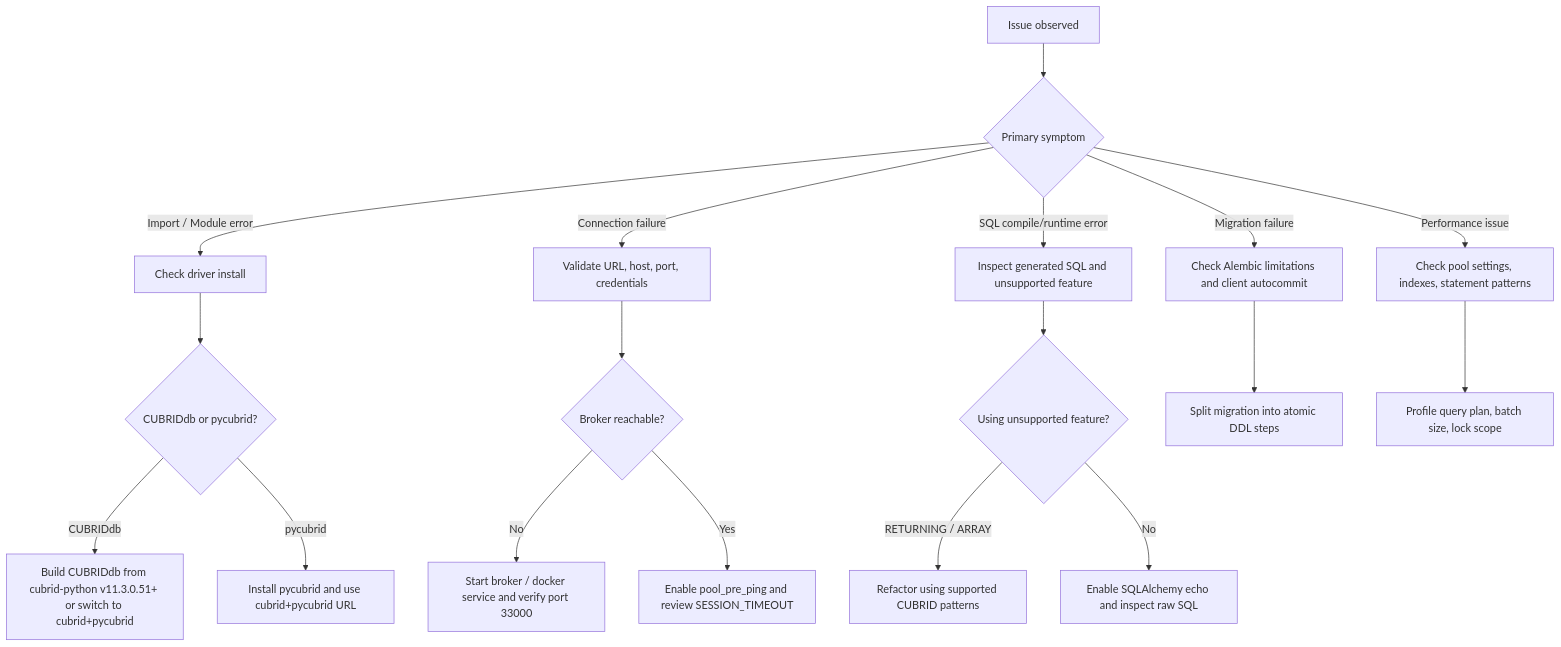
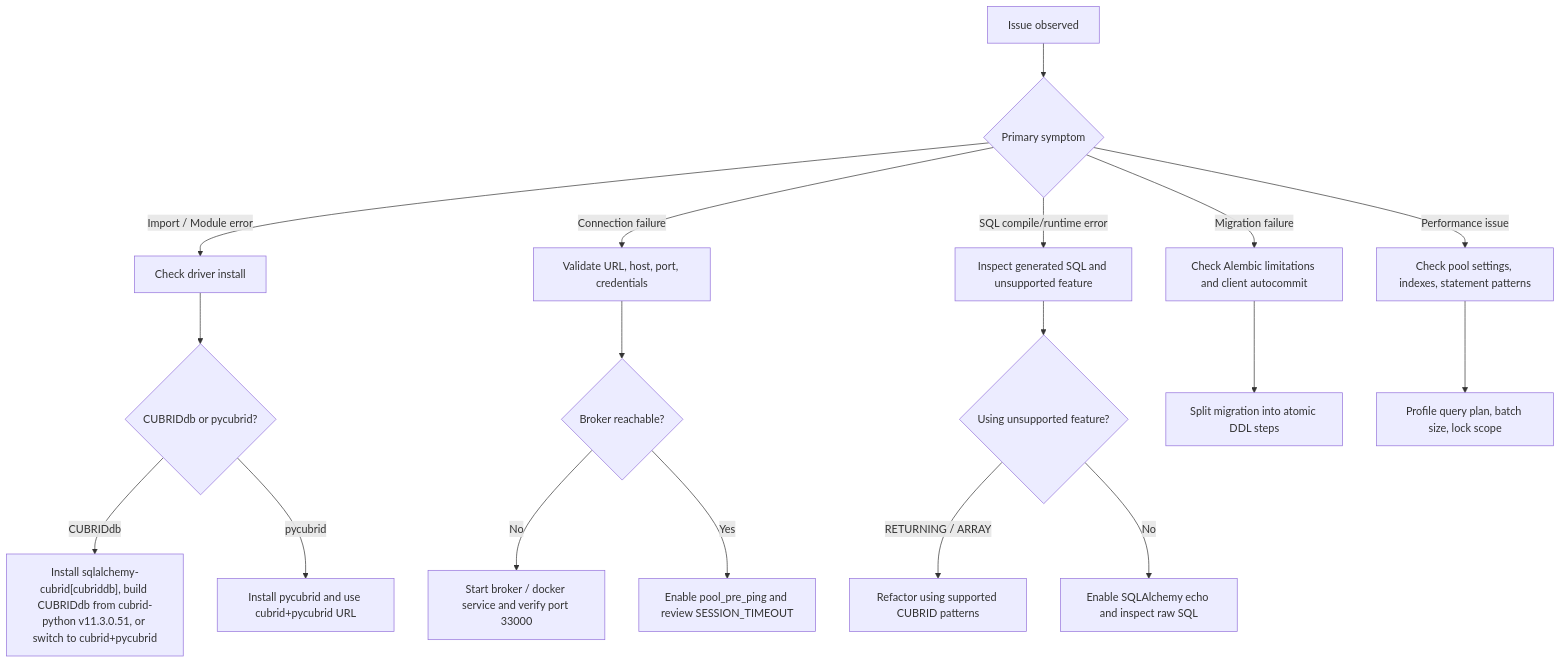
The diagram in docs/TROUBLESHOOTING.md (cubrid-lab/sqlalchemy-cubrid), drawn with Mermaid before and after one commit. The commit also changed 12 other files, not shown here.

````diff
--- a/docs/TROUBLESHOOTING.md
+++ b/docs/TROUBLESHOOTING.md
@@ -1405,24 +1405,24 @@
 ```mermaid
 flowchart TD
     start[Issue observed] --> kind{Primary symptom}
     kind -->|Import / Module error| install[Check driver install]
     kind -->|Connection failure| conn[Validate URL, host, port, credentials]
     kind -->|SQL compile/runtime error| sql[Inspect generated SQL and unsupported feature]
     kind -->|Migration failure| mig[Check Alembic limitations and client autocommit]
     kind -->|Performance issue| perf[Check pool settings, indexes, statement patterns]
 
     install --> i1{CUBRIDdb or pycubrid?}
-    i1 -->|CUBRIDdb| i2[Build CUBRIDdb from cubrid-python v11.3.0.51+ or switch to cubrid+pycubrid]
+    i1 -->|CUBRIDdb| i2["Install sqlalchemy-cubrid[cubriddb], build CUBRIDdb from cubrid-python v11.3.0.51, or switch to cubrid+pycubrid"]
     i1 -->|pycubrid| i3[Install pycubrid and use cubrid+pycubrid URL]
 
     conn --> c1{Broker reachable?}
     c1 -->|No| c2[Start broker / docker service and verify port 33000]
     c1 -->|Yes| c3[Enable pool_pre_ping and review SESSION_TIMEOUT]
 
     sql --> s1{Using unsupported feature?}
     s1 -->|RETURNING / ARRAY| s2[Refactor using supported CUBRID patterns]
     s1 -->|No| s3[Enable SQLAlchemy echo and inspect raw SQL]
 
     mig --> m1[Split migration into atomic DDL steps]
     perf --> p1[Profile query plan, batch size, lock scope]
 ```
````
